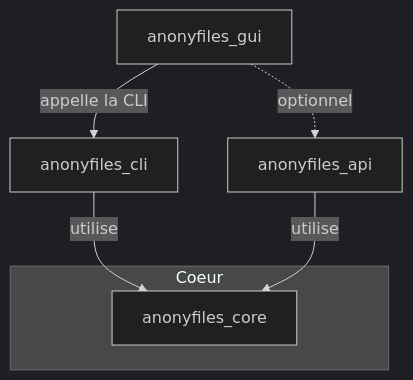
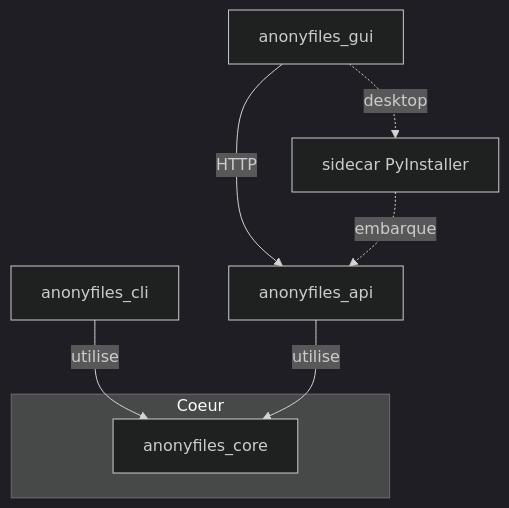
One commit to simongrossi/anonyfiles changed the second of 2 diagrams in docs/request_flow.md. Above: the diagram before and after it, drawn with Mermaid (dark theme). The commit also changed other lines of this file and 14 other files, not shown here.

````diff
--- a/docs/request_flow.md
+++ b/docs/request_flow.md
@@ -51,11 +54,12 @@
 ```mermaid
 graph TD
     subgraph Coeur
         CORE["anonyfiles_core"]
     end
 
     CLI["anonyfiles_cli"] -->|utilise| CORE
     API["anonyfiles_api"] -->|utilise| CORE
-    GUI["anonyfiles_gui"] -->|appelle la CLI| CLI
-    GUI -. optionnel .-> API
+    GUI["anonyfiles_gui"] -->|HTTP| API
+    SIDECAR["sidecar PyInstaller"] -.->|embarque| API
+    GUI -. desktop .-> SIDECAR
 ```
````
